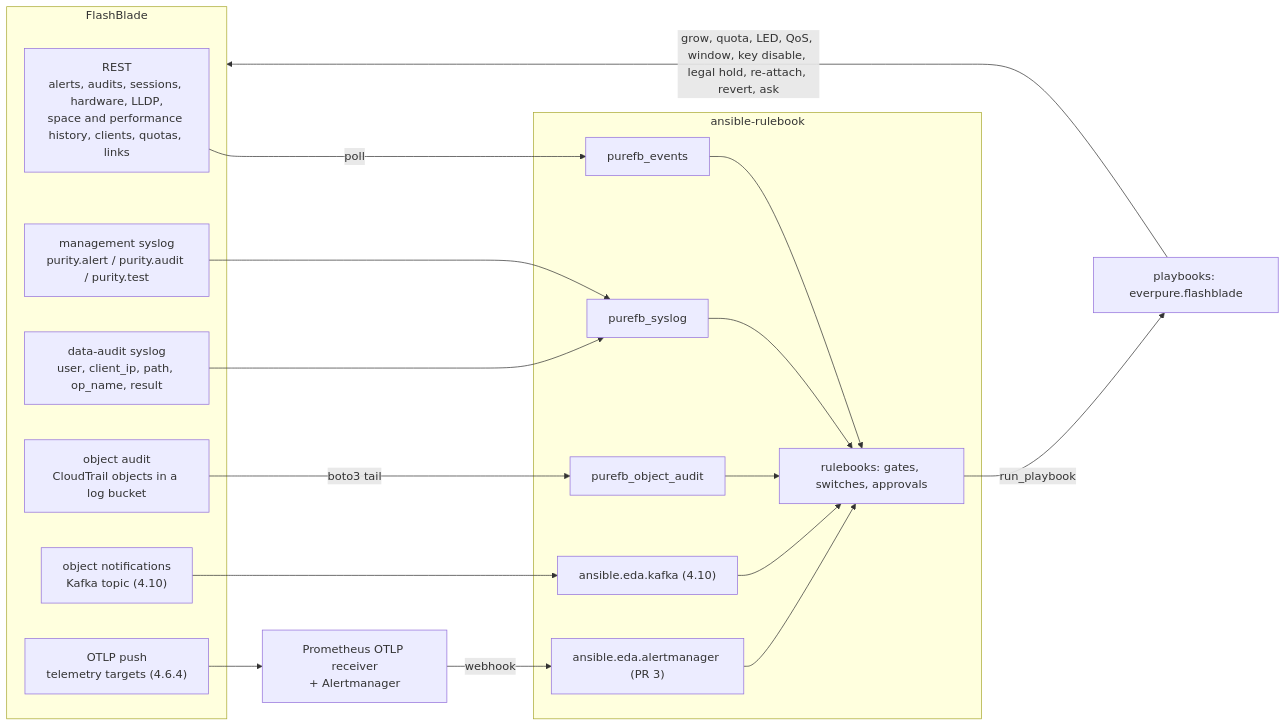
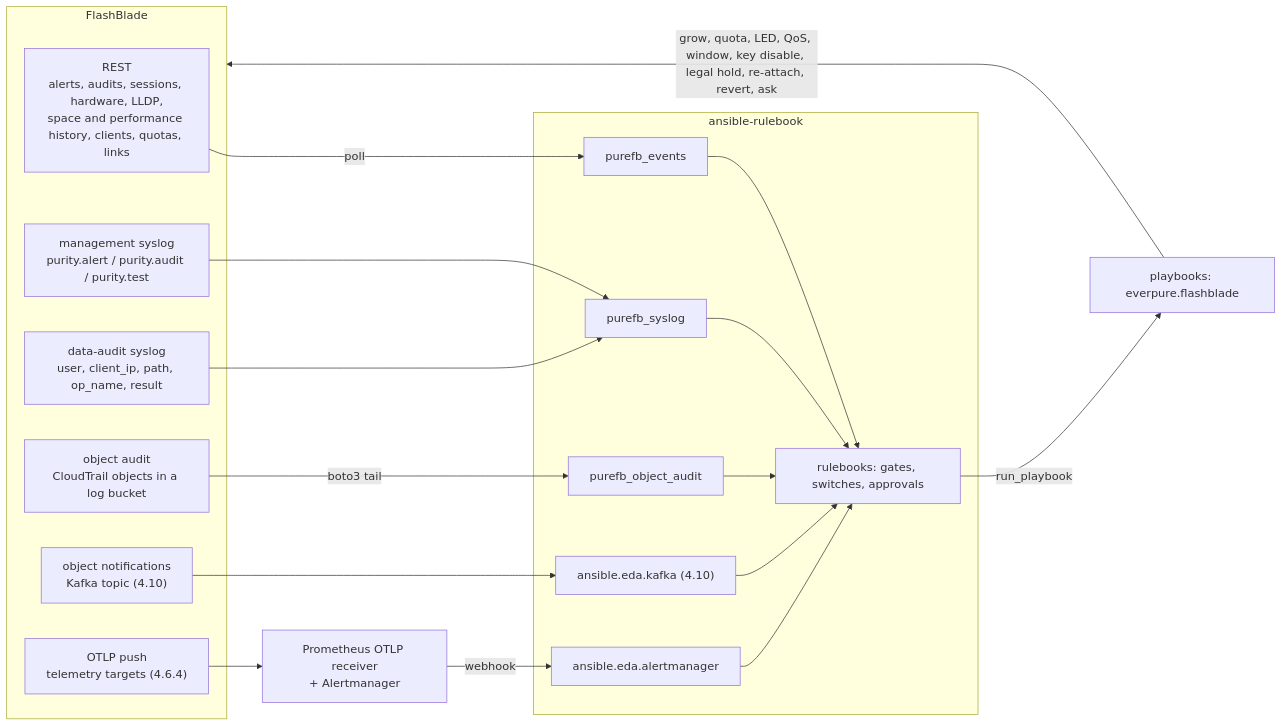
The diagram in README.md (sdodsley/flashblade-eda), drawn with Mermaid before and after one commit. The commit also changed other lines of this file and 7 other files, not shown here.

````diff
--- a/README.md
+++ b/README.md
@@ -42,28 +60,28 @@
 ```mermaid
 flowchart LR
   subgraph fb["FlashBlade"]
     rest["REST<br/>alerts, audits, sessions, hardware, LLDP,<br/>space and performance history, clients, quotas, links"]
     mlog["management syslog<br/>purity.alert / purity.audit / purity.test"]
     dlog["data-audit syslog<br/>user, client_ip, path, op_name, result"]
     oaud["object audit<br/>CloudTrail objects in a log bucket"]
     kafka["object notifications<br/>Kafka topic (4.10)"]
     otlp["OTLP push<br/>telemetry targets (4.6.4)"]
   end
   subgraph rb["ansible-rulebook"]
     ev["purefb_events"]
     sl["purefb_syslog"]
     oa["purefb_object_audit"]
     kf["ansible.eda.kafka (4.10)"]
-    am["ansible.eda.alertmanager (PR 3)"]
+    am["ansible.eda.alertmanager"]
     rules["rulebooks: gates, switches, approvals"]
   end
   prom["Prometheus OTLP receiver<br/>+ Alertmanager"]
   pb["playbooks: everpure.flashblade"]
   rest -->|poll| ev --> rules
   mlog --> sl --> rules
   dlog --> sl
   oaud -->|boto3 tail| oa --> rules
   kafka --> kf --> rules
   otlp --> prom -->|webhook| am --> rules
   rules -->|run_playbook| pb -->|"grow, quota, LED, QoS, window, key disable, legal hold, re-attach, revert, ask"| fb
 ```
````
